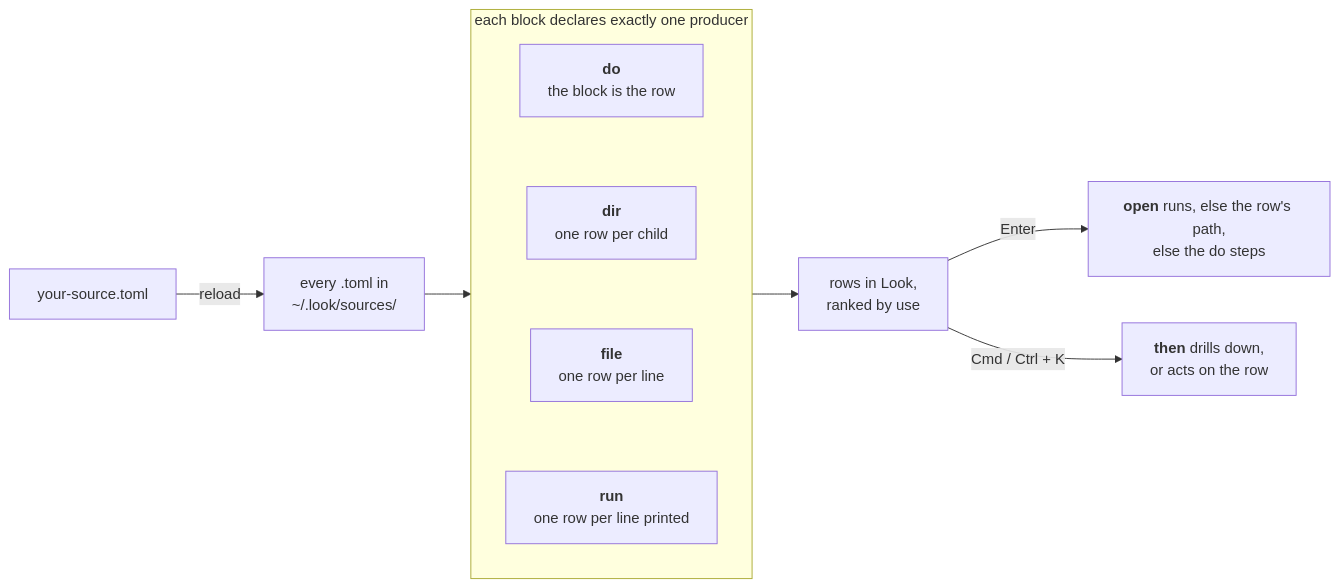
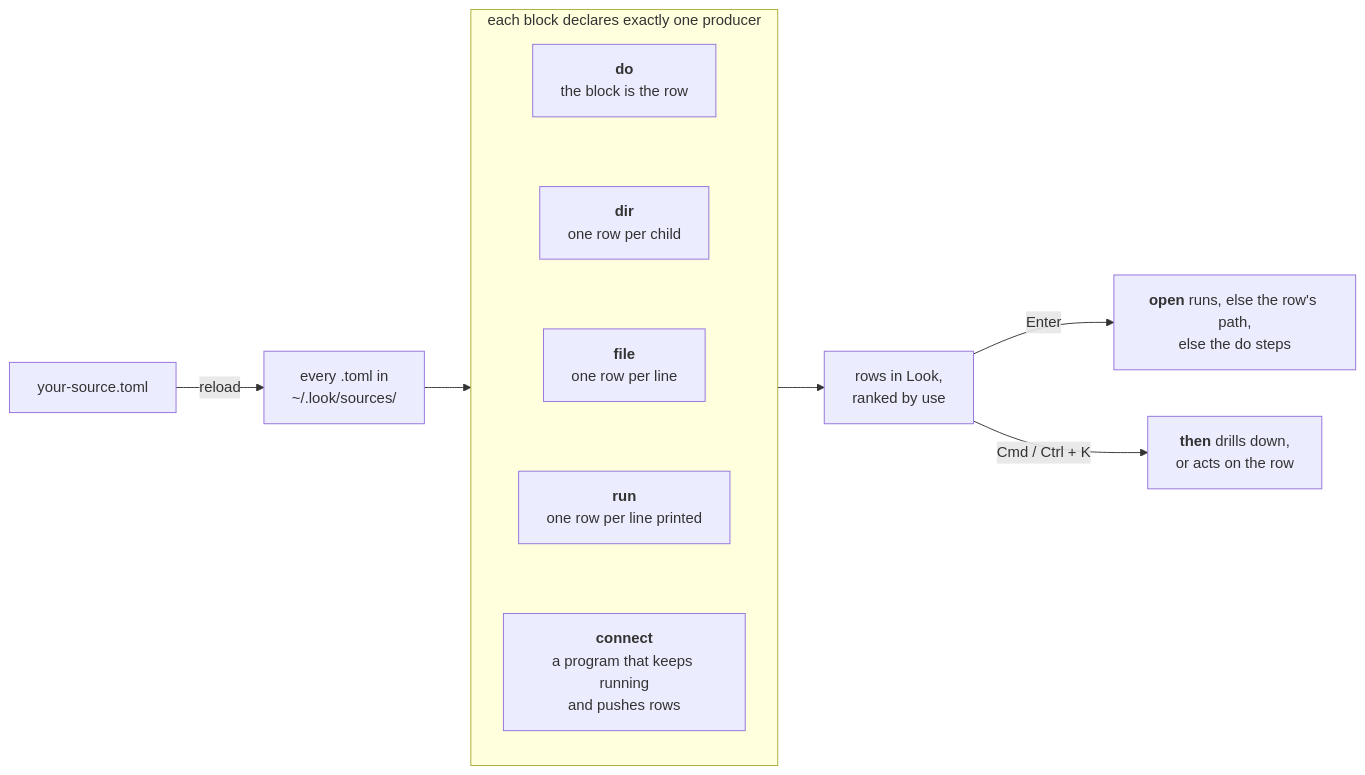
The diagram in README.md (kunkka19xx/lookbook), drawn with Mermaid before and after one commit. The commit also changed other lines of this file and 1 other file, not shown here.

First line of the commit message:
readme: connect in the picture, and version lines that are true

````diff
--- a/README.md
+++ b/README.md
@@ -25,18 +29,19 @@
 ```mermaid
 flowchart LR
     F["your-source.toml"] -->|reload| L["every .toml in<br/>~/.look/sources/"]
     L --> P
 
     subgraph P["each block declares exactly one producer"]
         direction TB
         B1["<b>do</b><br/>the block is the row"]
         B2["<b>dir</b><br/>one row per child"]
         B3["<b>file</b><br/>one row per line"]
         B4["<b>run</b><br/>one row per line printed"]
-        B1 ~~~ B2 ~~~ B3 ~~~ B4
+        B5["<b>connect</b><br/>a program that keeps running<br/>and pushes rows"]
+        B1 ~~~ B2 ~~~ B3 ~~~ B4 ~~~ B5
     end
 
     P --> S["rows in Look,<br/>ranked by use"]
     S -->|Enter| A["<b>open</b> runs, else the row's path,<br/>else the do steps"]
     S -->|"Cmd / Ctrl + K"| T["<b>then</b> drills down,<br/>or acts on the row"]
 ```
````
